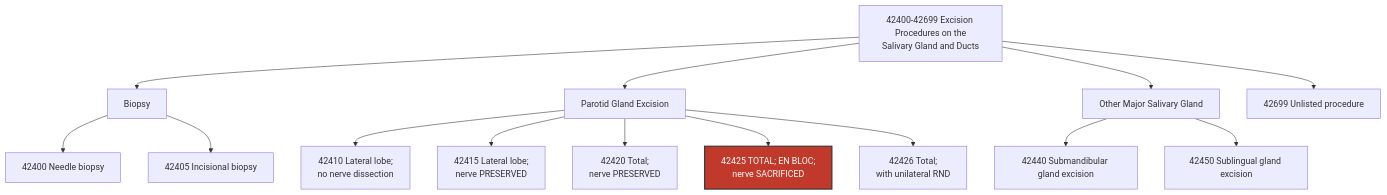
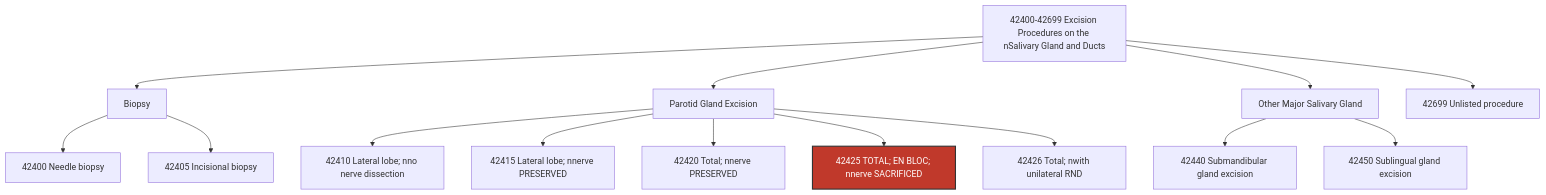
The diagram in content/50 Medical Coding/CPT Codes/42425.md (crmills81/MCW_Coder_Hub), drawn with Mermaid before and after one commit. The commit also changed 75 other files, not shown here.

````diff
--- a/content/50 Medical Coding/CPT Codes/42425.md
+++ b/content/50 Medical Coding/CPT Codes/42425.md
@@ -154,21 +154,21 @@
 ```mermaid
 flowchart TD
-    A["42400-42699 Excision Procedures on the\nSalivary Gland and Ducts"] --> B["Biopsy"]
+    A["42400-42699 Excision Procedures on the nSalivary Gland and Ducts"] --> B["Biopsy"]
     B --> C["42400 Needle biopsy"]
     B --> D["42405 Incisional biopsy"]
 
     A --> E["Parotid Gland Excision"]
-    E --> F["42410 Lateral lobe;\nno nerve dissection"]
-    E --> G["42415 Lateral lobe;\nnerve PRESERVED"]
-    E --> H["42420 Total;\nnerve PRESERVED"]
-    E --> I["42425 TOTAL; EN BLOC;\nnerve SACRIFICED"]
-    E --> J["42426 Total;\nwith unilateral RND"]
+    E --> F["42410 Lateral lobe; nno nerve dissection"]
+    E --> G["42415 Lateral lobe; nnerve PRESERVED"]
+    E --> H["42420 Total; nnerve PRESERVED"]
+    E --> I["42425 TOTAL; EN BLOC; nnerve SACRIFICED"]
+    E --> J["42426 Total; nwith unilateral RND"]
 
     A --> K["Other Major Salivary Gland"]
     K --> L["42440 Submandibular gland excision"]
     K --> M["42450 Sublingual gland excision"]
 
     A --> N["42699 Unlisted procedure"]
 
     style I fill:#C0392B,stroke:#333,stroke-width:2px,color:white
 ```
````
